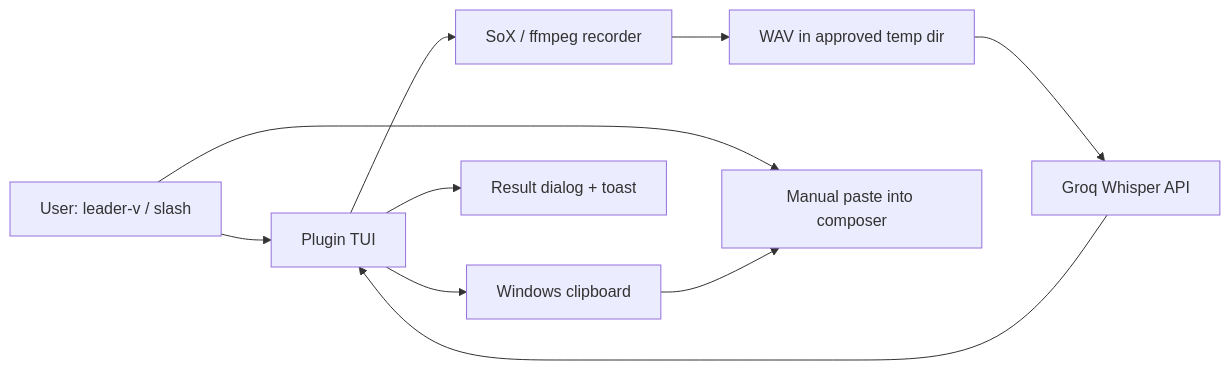
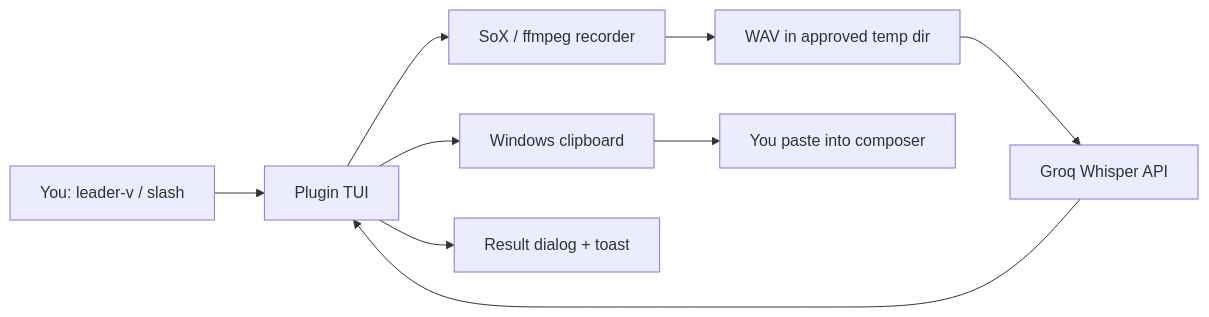
One commit to firmantarawahyu/stt-opencode-V2 changed the diagram in docs/ARCHITECTURE.md. Above: the diagram before and after it, drawn with Mermaid. The commit also changed other lines of this file and 3 other files, not shown here.

````diff
--- a/docs/ARCHITECTURE.md
+++ b/docs/ARCHITECTURE.md
@@ -13,12 +13,11 @@
 ```mermaid
 graph LR
-    U[User: leader-v / slash] --> P[Plugin TUI]
+    U[You: leader-v / slash] --> P[Plugin TUI]
     P --> R[SoX / ffmpeg recorder]
     R --> W[WAV in approved temp dir]
     W --> G[Groq Whisper API]
     G --> P
     P --> C[Windows clipboard]
     P --> D[Result dialog + toast]
-    U --> M[Manual paste into composer]
-    C --> M
+    C --> M[You paste into composer]
 ```
````
